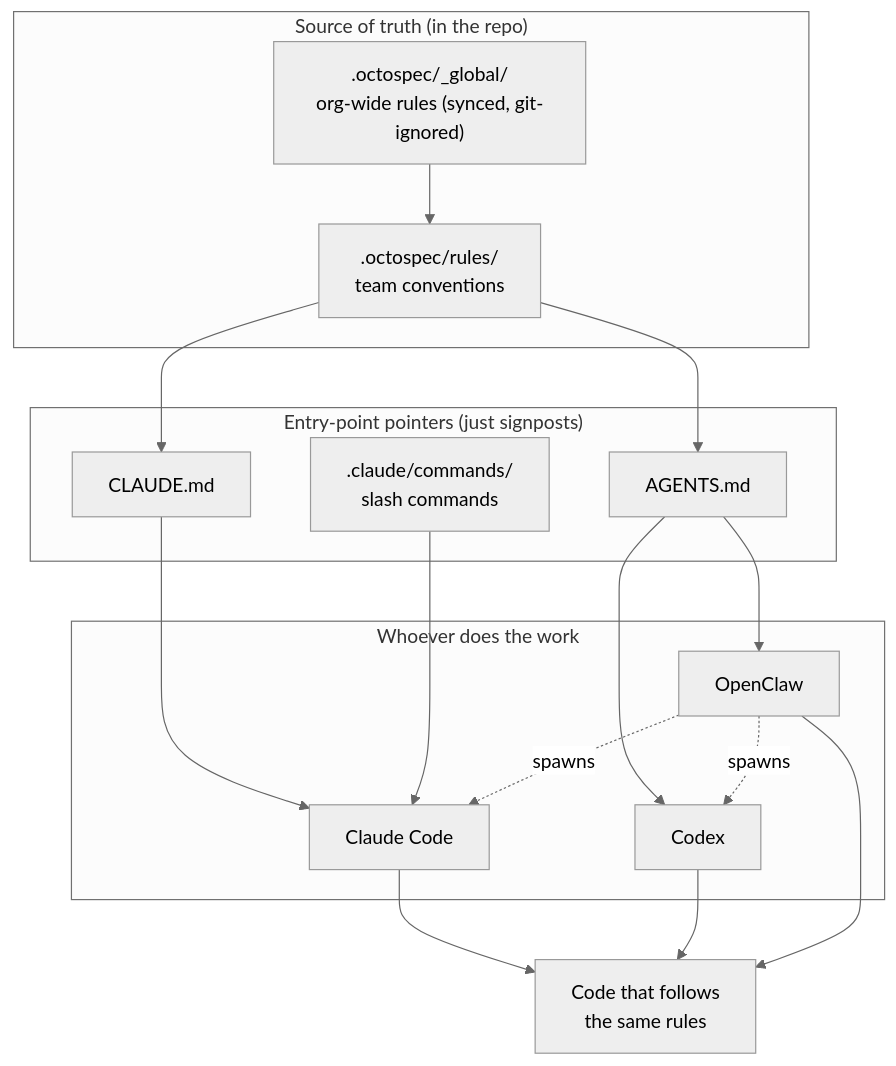
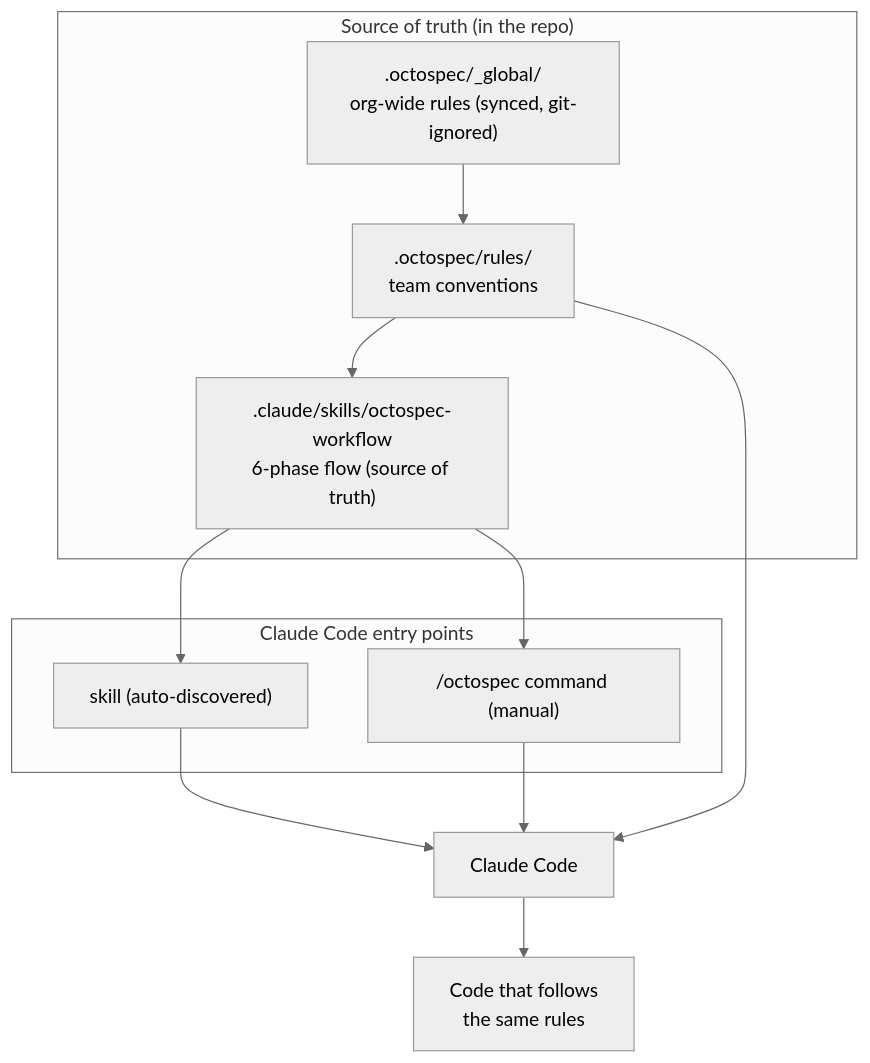
One commit to Mininglamp-OSS/octo-spec changed the first of 2 diagrams in docs/GETTING-STARTED.md. Above: the diagram before and after it, drawn with Mermaid (neutral theme). The commit also changed other lines of this file and 17 other files, not shown here.

````diff
--- a/docs/GETTING-STARTED.md
+++ b/docs/GETTING-STARTED.md
@@ -11,30 +11,25 @@
 ```mermaid
 flowchart TD
     subgraph SOT["Source of truth (in the repo)"]
         R[".octospec/rules/<br/>team conventions"]
         G[".octospec/_global/<br/>org-wide rules (synced, git-ignored)"]
+        SK[".claude/skills/octospec-workflow<br/>6-phase flow (source of truth)"]
     end
 
-    subgraph Pointers["Entry-point pointers (just signposts)"]
-        C["CLAUDE.md"]
-        A["AGENTS.md"]
-        CMD[".claude/commands/<br/>slash commands"]
+    subgraph Entry["Claude Code entry points"]
+        SKILL["skill (auto-discovered)"]
+        CMD["/octospec command (manual)"]
     end
 
-    subgraph Agents["Whoever does the work"]
-        CC["Claude Code"]
-        CX["Codex"]
-        OC["OpenClaw"]
-    end
+    CC["Claude Code"]
 
-    R --> C & A
+    R --> SK
     G --> R
-    C --> CC
+    SK --> SKILL
+    SK --> CMD
+    SKILL --> CC
     CMD --> CC
-    A --> CX
-    A --> OC
-    OC -.spawns.-> CC
-    OC -.spawns.-> CX
+    R --> CC
 
-    CC & CX & OC --> OUT["Code that follows<br/>the same rules"]
+    CC --> OUT["Code that follows<br/>the same rules"]
 ```
````
